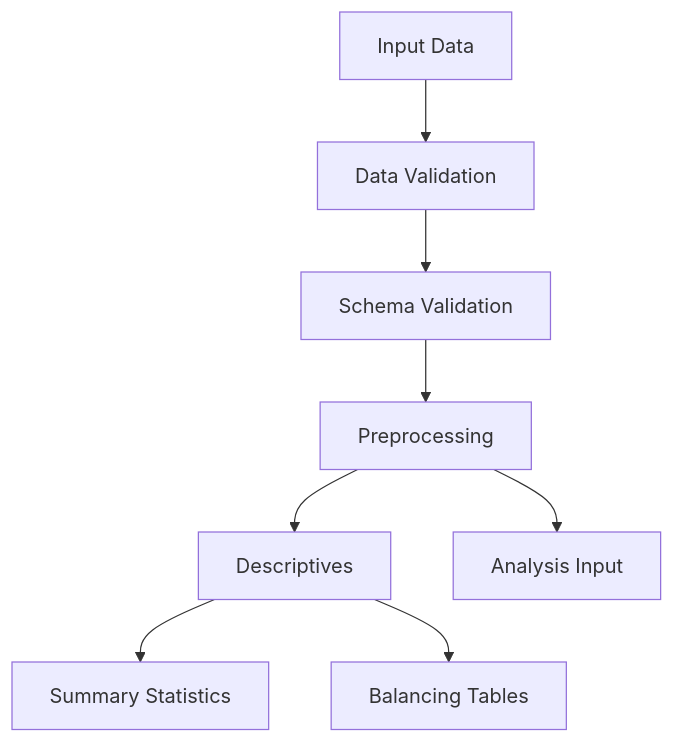
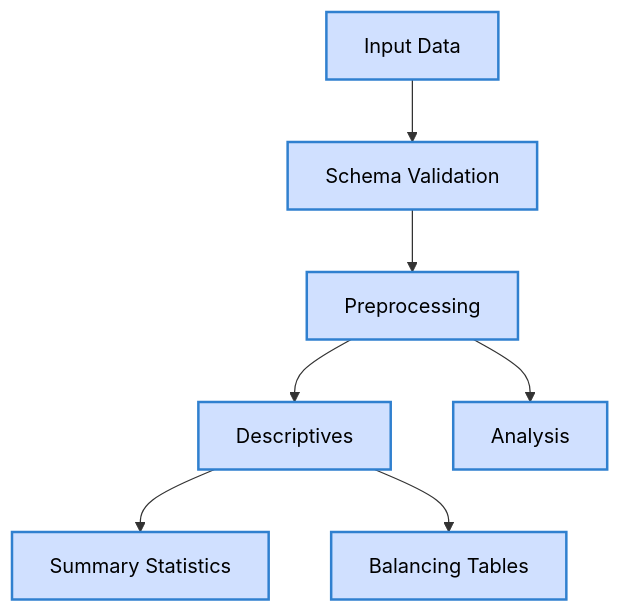
One commit to NickyTops23/pyautocausal changed the second of 5 diagrams in docs/design-document.md. Above: the diagram before and after it, drawn with Mermaid. The commit also changed other lines of this file, not shown here.

````diff
--- a/docs/design-document.md
+++ b/docs/design-document.md
@@ -49,13 +86,16 @@
 ```mermaid
 graph TD
-    A[Input Data] --> B[Data Validation]
-    B --> B1[Schema Validation]
+    A[Input Data] --> B[Schema Validation]
     
-    B1 --> C[Preprocessing]
+    B --> C[Preprocessing]
     
     C --> D[Descriptives]
     D --> D1[Summary Statistics]
     D --> D2[Balancing Tables]
     
-    C --> E[Analysis Input]
+    C --> E[Analysis]
+    
+    %% All nodes in this graph are action nodes
+    classDef actionNode fill:#d0e0ff,stroke:#3080cf,stroke-width:2px,color:black;
+    class A,B,C,D,D1,D2,E actionNode;
 ```
````
